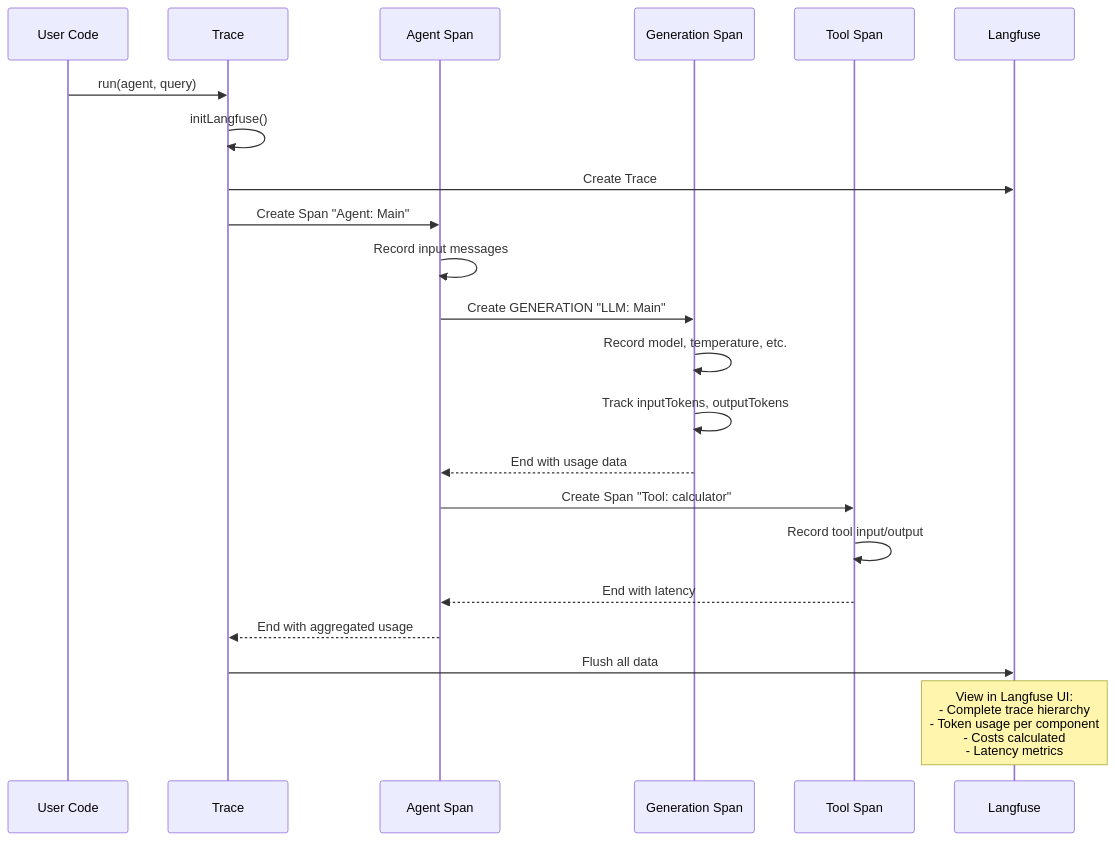
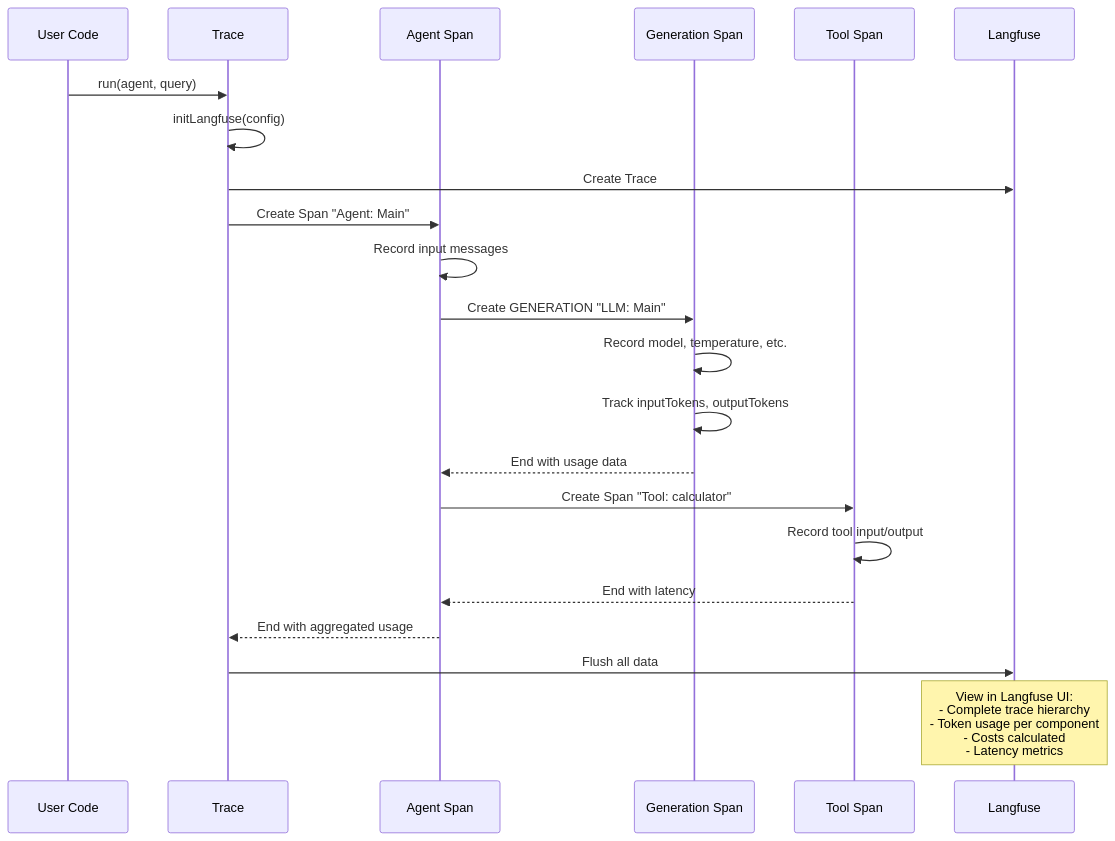
The ninth of 11 diagrams in docs/reference/FLOW_DIAGRAMS.md (tawk/tawk-agents-sdk), drawn with Mermaid before and after one commit. The commit also changed other lines of this file and 20 other files, not shown here.

````diff
--- a/docs/reference/FLOW_DIAGRAMS.md
+++ b/docs/reference/FLOW_DIAGRAMS.md
@@ -444,30 +442,30 @@
 ```mermaid
 sequenceDiagram
     participant U as User Code
     participant T as Trace
     participant AS as Agent Span
     participant GS as Generation Span
     participant TS as Tool Span
     participant L as Langfuse
 
     U->>T: run(agent, query)
-    T->>T: initLangfuse()
+    T->>T: initLangfuse(config)
     T->>L: Create Trace
     
     T->>AS: Create Span "Agent: Main"
     AS->>AS: Record input messages
     
     AS->>GS: Create GENERATION "LLM: Main"
     GS->>GS: Record model, temperature, etc.
     GS->>GS: Track inputTokens, outputTokens
     GS-->>AS: End with usage data
     
     AS->>TS: Create Span "Tool: calculator"
     TS->>TS: Record tool input/output
     TS-->>AS: End with latency
     
     AS-->>T: End with aggregated usage
     T->>L: Flush all data
     
     Note over L: View in Langfuse UI:<br/>- Complete trace hierarchy<br/>- Token usage per component<br/>- Costs calculated<br/>- Latency metrics
 ```
````
